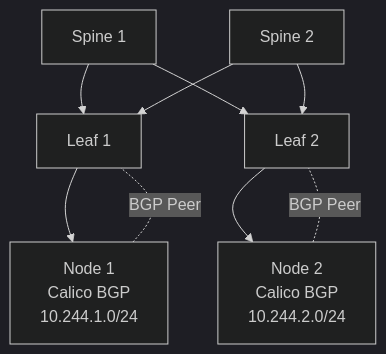
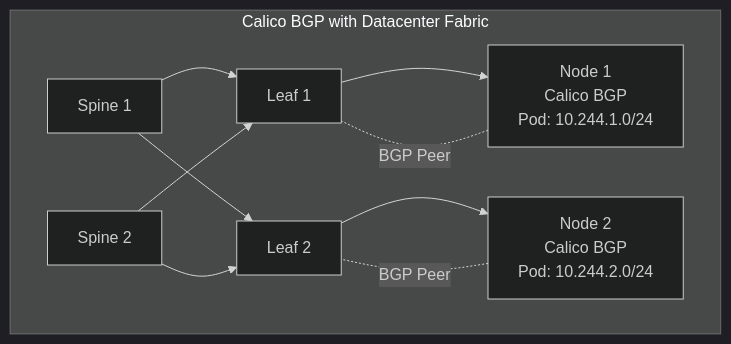
One commit to krisztiankoos/kubedojo changed the seventh of 7 diagrams in src/content/docs/on-premises/networking/module-3.1-datacenter-networking.md. Above: the diagram before and after it, drawn with Mermaid (dark theme). The commit also changed other lines of this file, not shown here.

Commit message:
chore(content): write-only draft [on-premises/networking/module-3.1-datacenter-networking]

````diff
--- a/src/content/docs/on-premises/networking/module-3.1-datacenter-networking.md
+++ b/src/content/docs/on-premises/networking/module-3.1-datacenter-networking.md
@@ -502,11 +313,13 @@
 ```mermaid
 flowchart TD
+    subgraph Calico BGP with Datacenter Fabric
     S1[Spine 1] --> L1[Leaf 1]
     S1 --> L2[Leaf 2]
     S2[Spine 2] --> L1
     S2 --> L2
-    L1 --> N1[Node 1<br>Calico BGP<br>10.244.1.0/24]
-    L2 --> N2[Node 2<br>Calico BGP<br>10.244.2.0/24]
+    L1 --> N1["Node 1<br>Calico BGP<br>Pod: 10.244.1.0/24"]
+    L2 --> N2["Node 2<br>Calico BGP<br>Pod: 10.244.2.0/24"]
     N1 -. BGP Peer .- L1
     N2 -. BGP Peer .- L2
+    end
 ```
````
